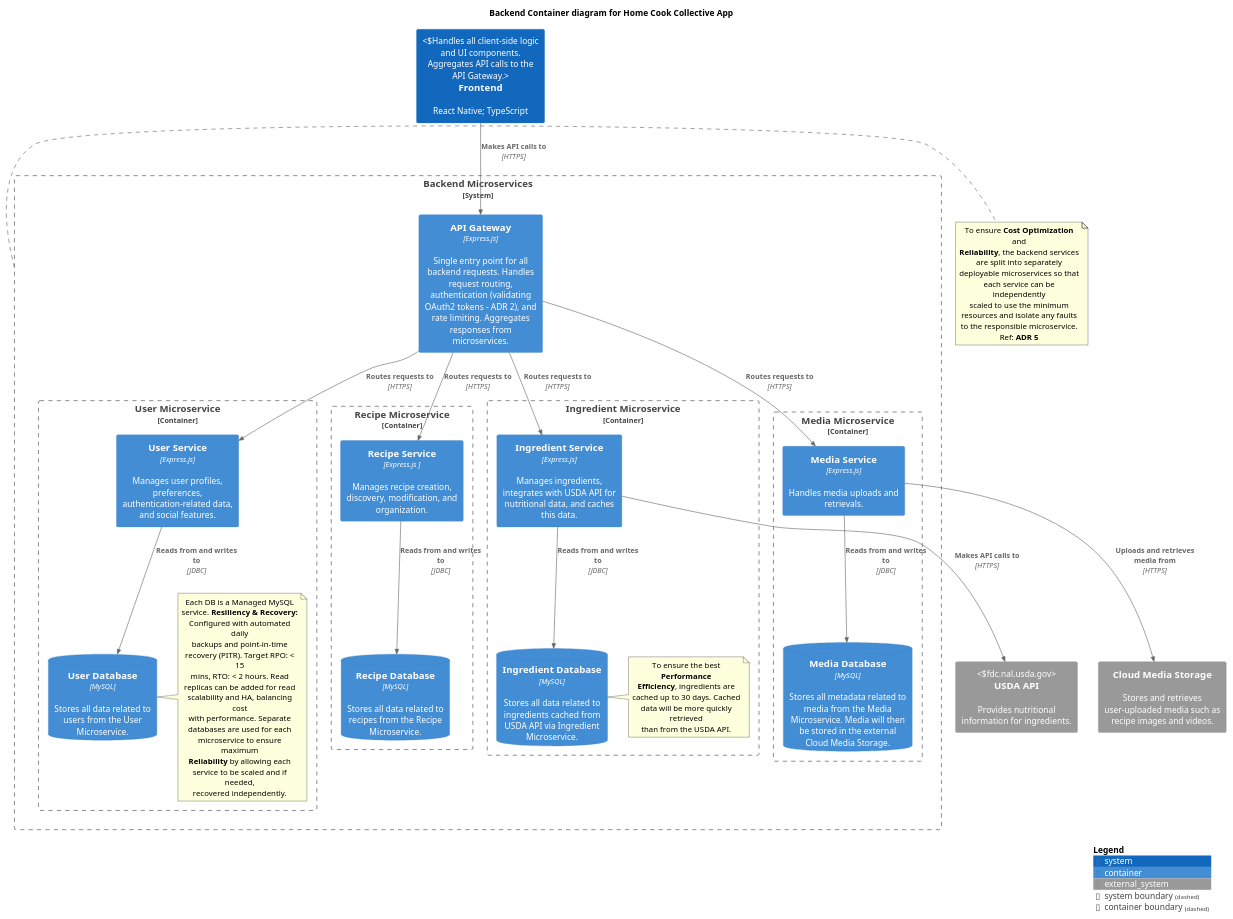
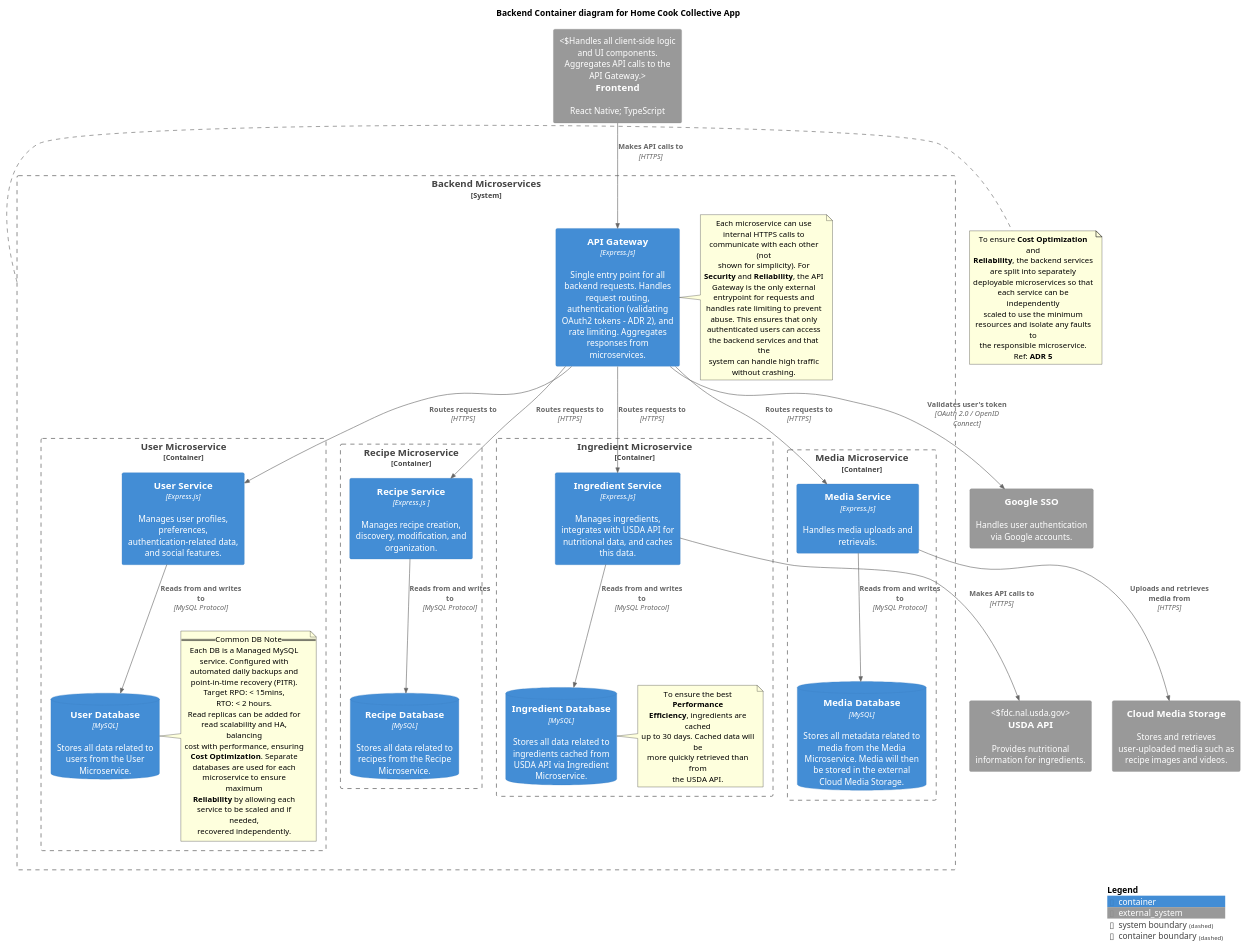
The diagram in diagrams/src/hcc-backend.puml (darius-despain/SE577-SoftwareArchitecture), drawn with PlantUML before and after one commit. The commit also changed 2 other files, not shown here.

Commit message:
finished diagrams

```diff
--- a/diagrams/src/hcc-backend.puml
+++ b/diagrams/src/hcc-backend.puml
@@ -1,81 +1,103 @@
-@startuml "Home-Cook-Collective-Container"
-!include ../C4_Component.puml
+@startuml "Home-Cook-Collective-Backend"
+!include ../C4_Container.puml
 
 title Backend Container diagram for Home Cook Collective App
 
-System(frontend, "Frontend", "React Native; TypeScript", "Handles all client-side logic and UI components. Aggregates API calls to the API Gateway.")
+System_Ext(frontend, "Frontend", "React Native; TypeScript", "Handles all client-side logic and UI components. Aggregates API calls to the API Gateway.")
+System_Ext(google_sso_ext, "Google SSO", "Handles user authentication via Google accounts.")
 
 System_Boundary(backend, "Backend Microservices") {
     Container(api_gateway, "API Gateway", "Express.js", "Single entry point for all backend requests. Handles request routing, authentication (validating OAuth2 tokens - ADR 2), and rate limiting. Aggregates responses from microservices.")
+    note right of api_gateway
+        Each microservice can use
+        internal HTTPS calls to
+        communicate with each other (not
+        shown for simplicity). For
+        **Security** and **Reliability**, the API
+        Gateway is the only external
+        entrypoint for requests and
+        handles rate limiting to prevent
+        abuse. This ensures that only
+        authenticated users can access
+        the backend services and that the
+        system can handle high traffic
+        without crashing.
+    end note
 
     Container_Boundary(user_microservice, "User Microservice") {
         Container(user_service, "User Service", "Express.js", "Manages user profiles, preferences, authentication-related data, and social features.")
         ContainerDb(user_db, "User Database", "MySQL", "Stores all data related to users from the User Microservice.")
         note right of user_db
+            ==Common DB Note==
             Each DB is a Managed MySQL
-            service. **Resiliency & Recovery:**
-            Configured with automated daily
-            backups and point-in-time
-            recovery (PITR). Target RPO: < 15
-            mins, RTO: < 2 hours. Read
-            replicas can be added for read
-            scalability and HA, balancing cost
-            with performance. Separate databases are used for each
+            service. Configured with
+            automated daily backups and
+            point-in-time recovery (PITR).
+            Target RPO: < 15mins,
+            RTO: < 2 hours.
+            Read replicas can be added for
+            read scalability and HA, balancing
+            cost with performance, ensuring
+            **Cost Optimization**. Separate
+            databases are used for each
             microservice to ensure maximum
             **Reliability** by allowing each
             service to be scaled and if needed,
             recovered independently.
         end note
+
     }
     Container_Boundary(recipe_microservice, "Recipe Microservice") {
         Container(recipe_service, "Recipe Service", "Express.js ", "Manages recipe creation, discovery, modification, and organization.")
         ContainerDb(recipe_db, "Recipe Database", "MySQL", "Stores all data related to recipes from the Recipe Microservice.")
     }
     Container_Boundary(ingredient_microservice, "Ingredient Microservice") {
         Container(ingredient_service, "Ingredient Service", "Express.js", "Manages ingredients, integrates with USDA API for nutritional data, and caches this data.")
         ContainerDb(ingredient_db, "Ingredient Database", "MySQL", "Stores all data related to ingredients cached from USDA API via Ingredient Microservice.")
         note right of ingredient_db
             To ensure the best **Performance**
-            **Efficiency**, ingredients are
-            cached up to 30 days. Cached
-            data will be more quickly retrieved
-            than from the USDA API.
+            **Efficiency**, ingredients are cached
+            up to 30 days. Cached data will be
+            more quickly retrieved than from
+            the USDA API.
         end note
     }
     Container_Boundary(media_microservice, "Media Microservice") {
         Container(media_service, "Media Service", "Express.js", "Handles media uploads and retrievals.")
         ContainerDb(media_db, "Media Database", "MySQL", "Stores all metadata related to media from the Media Microservice. Media will then be stored in the external Cloud Media Storage.")
     }
 }
 note right of backend
     To ensure **Cost Optimization** and
     **Reliability**, the backend services
     are split into separately
     deployable microservices so that
     each service can be independently
     scaled to use the minimum
-    resources and isolate any faults
-    to the responsible microservice.
+    resources and isolate any faults to
+    the responsible microservice.
     Ref: **ADR 5**
 end note
 
 System_Ext(usda_api, "USDA API","Provides nutritional information for ingredients.", "fdc.nal.usda.gov")
 System_Ext(media_storage_ext, "Cloud Media Storage", "Stores and retrieves user-uploaded media such as recipe images and videos.")
 
 Rel(frontend, api_gateway, "Makes API calls to", "HTTPS")
 
 Rel(api_gateway, user_service, "Routes requests to", "HTTPS")
 Rel(api_gateway, recipe_service, "Routes requests to", "HTTPS")
 Rel(api_gateway, ingredient_service, "Routes requests to", "HTTPS")
 Rel(api_gateway, media_service, "Routes requests to", "HTTPS")
 
 Rel(ingredient_service, usda_api, "Makes API calls to", "HTTPS")
 Rel(media_service, media_storage_ext, "Uploads and retrieves media from", "HTTPS")
 
-Rel(user_service, user_db, "Reads from and writes to", "JDBC")
-Rel(recipe_service, recipe_db, "Reads from and writes to", "JDBC")
-Rel(ingredient_service, ingredient_db, "Reads from and writes to", "JDBC")
-Rel(media_service, media_db, "Reads from and writes to", "JDBC")
+Rel(user_service, user_db, "Reads from and writes to", "MySQL Protocol")
+Rel(recipe_service, recipe_db, "Reads from and writes to", "MySQL Protocol")
+Rel(ingredient_service, ingredient_db, "Reads from and writes to", "MySQL Protocol")
+Rel(media_service, media_db, "Reads from and writes to", "MySQL Protocol")
+
+Rel(api_gateway, google_sso_ext, "Validates user's token", "OAuth 2.0 / OpenID Connect")
 
 SHOW_LEGEND()
 @enduml
```
